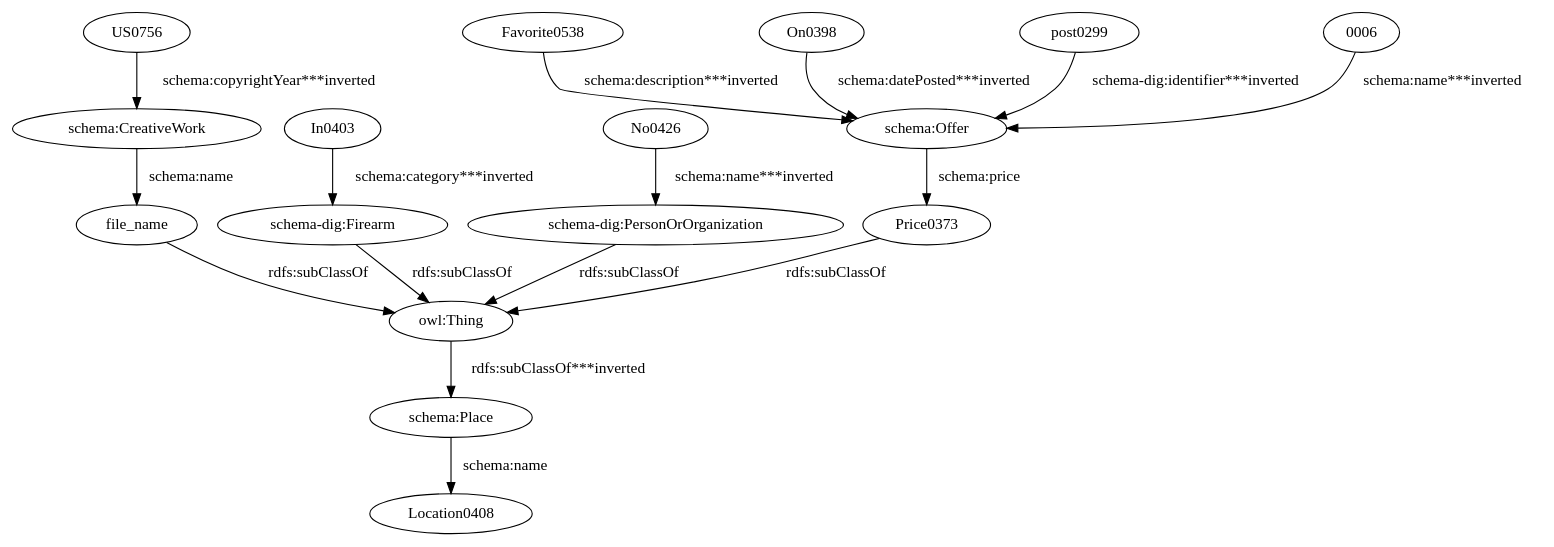
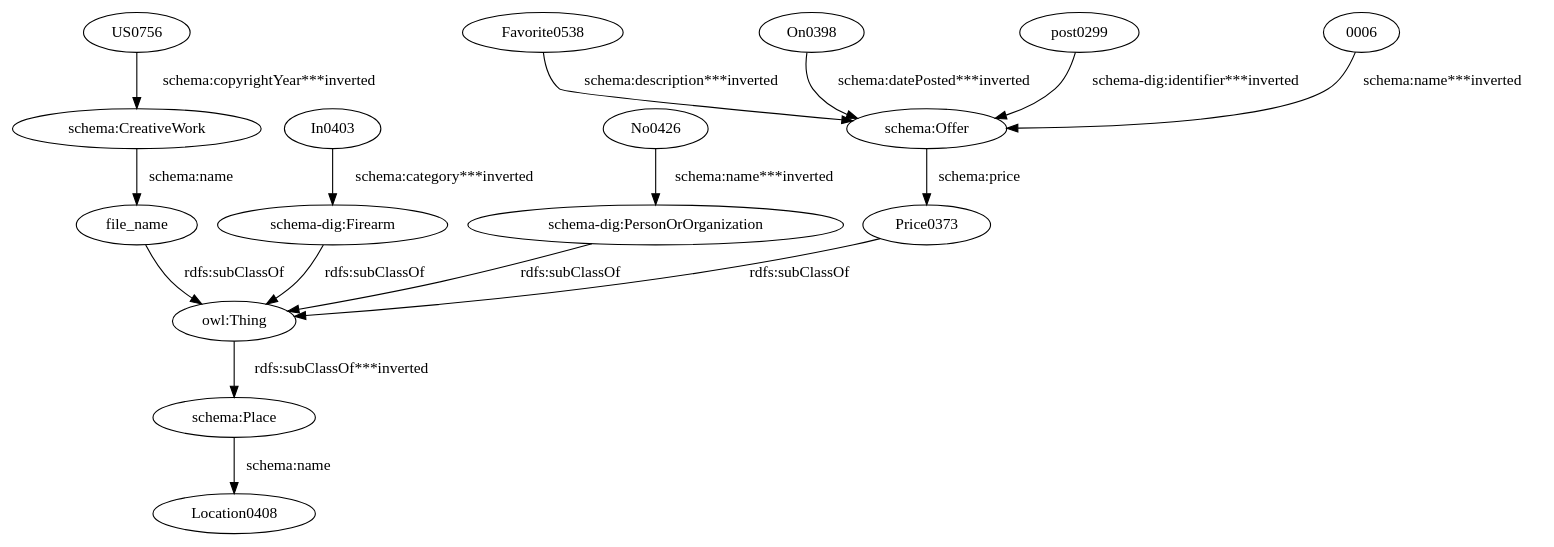
The diagram in data/taheriyan2016/task_04/semantic_models/steiner/dot/armslist.dot (giuseppefutia/semi), drawn with Graphviz before and after one commit. The commit also changed 89 other files, not shown here.

```diff
--- a/data/taheriyan2016/task_04/semantic_models/steiner/dot/armslist.dot
+++ b/data/taheriyan2016/task_04/semantic_models/steiner/dot/armslist.dot
@@ -1,33 +1,33 @@
 digraph {
   "0006" [type=attribute_name,label="0006"]
   "schema:Offer1" [type=class_uri,label="schema:Offer"]
   Favorite0538 [type=attribute_name,label=Favorite0538]
   In0403 [type=attribute_name,label=In0403]
   "schema-dig:Firearm1" [type=class_uri,label="schema-dig:Firearm"]
   No0426 [type=attribute_name,label=No0426]
   "schema-dig:PersonOrOrganization1" [type=class_uri,label="schema-dig:PersonOrOrganization"]
   On0398 [type=attribute_name,label=On0398]
   Price0373 [type=attribute_name,label=Price0373]
   "owl:Thing" [type=special,label="owl:Thing"]
   US0756 [type=attribute_name,label=US0756]
   "schema:CreativeWork1" [type=class_uri,label="schema:CreativeWork"]
   file_name [type=attribute_name,label=file_name]
   "schema:Place1" [type=class_uri,label="schema:Place"]
   post0299 [type=attribute_name,label=post0299]
   Location0408 [type=attribute_name,label=Location0408]
-  "0006" -> "schema:Offer1" [type=st_property_uri,label="schema:name***inverted"]
-  Favorite0538 -> "schema:Offer1" [type=st_property_uri,label="schema:description***inverted"]
-  In0403 -> "schema-dig:Firearm1" [type=st_property_uri,label="schema:category***inverted"]
-  No0426 -> "schema-dig:PersonOrOrganization1" [type=st_property_uri,label="schema:name***inverted"]
-  On0398 -> "schema:Offer1" [type=st_property_uri,label="schema:datePosted***inverted"]
-  Price0373 -> "owl:Thing" [label="rdfs:subClassOf",type=inherited]
-  US0756 -> "schema:CreativeWork1" [type=st_property_uri,label="schema:copyrightYear***inverted"]
-  file_name -> "owl:Thing" [label="rdfs:subClassOf",type=inherited]
-  "owl:Thing" -> "schema:Place1" [type=inherited,label="rdfs:subClassOf***inverted"]
-  post0299 -> "schema:Offer1" [type=st_property_uri,label="schema-dig:identifier***inverted"]
-  "schema-dig:Firearm1" -> "owl:Thing" [label="rdfs:subClassOf",type=inherited]
-  "schema-dig:PersonOrOrganization1" -> "owl:Thing" [label="rdfs:subClassOf",type=inherited]
+  "0006" -> "schema:Offer1" [type=st_property_uri,label="schema:name***inverted",weight=1]
+  Favorite0538 -> "schema:Offer1" [type=st_property_uri,label="schema:description***inverted",weight=1]
+  In0403 -> "schema-dig:Firearm1" [type=st_property_uri,label="schema:category***inverted",weight=1]
+  No0426 -> "schema-dig:PersonOrOrganization1" [type=st_property_uri,label="schema:name***inverted",weight=1]
+  On0398 -> "schema:Offer1" [type=st_property_uri,label="schema:datePosted***inverted",weight=1]
+  Price0373 -> "owl:Thing" [label="rdfs:subClassOf",type=inherited,weight=0.3333333333333333]
+  US0756 -> "schema:CreativeWork1" [type=st_property_uri,label="schema:copyrightYear***inverted",weight=1]
+  file_name -> "owl:Thing" [label="rdfs:subClassOf",type=inherited,weight=0.3333333333333333]
+  "owl:Thing" -> "schema:Place1" [type=inherited,label="rdfs:subClassOf***inverted",weight=0.3333333333333333]
+  post0299 -> "schema:Offer1" [type=st_property_uri,label="schema-dig:identifier***inverted",weight=1]
+  "schema-dig:Firearm1" -> "owl:Thing" [label="rdfs:subClassOf",type=inherited,weight=0.3333333333333333]
+  "schema-dig:PersonOrOrganization1" -> "owl:Thing" [label="rdfs:subClassOf",type=inherited,weight=0.3333333333333333]
   "schema:CreativeWork1" -> file_name [label="schema:name",type=st_property_uri]
   "schema:Offer1" -> Price0373 [label="schema:price",type=st_property_uri]
   "schema:Place1" -> Location0408 [label="schema:name",type=st_property_uri]
 }
```
